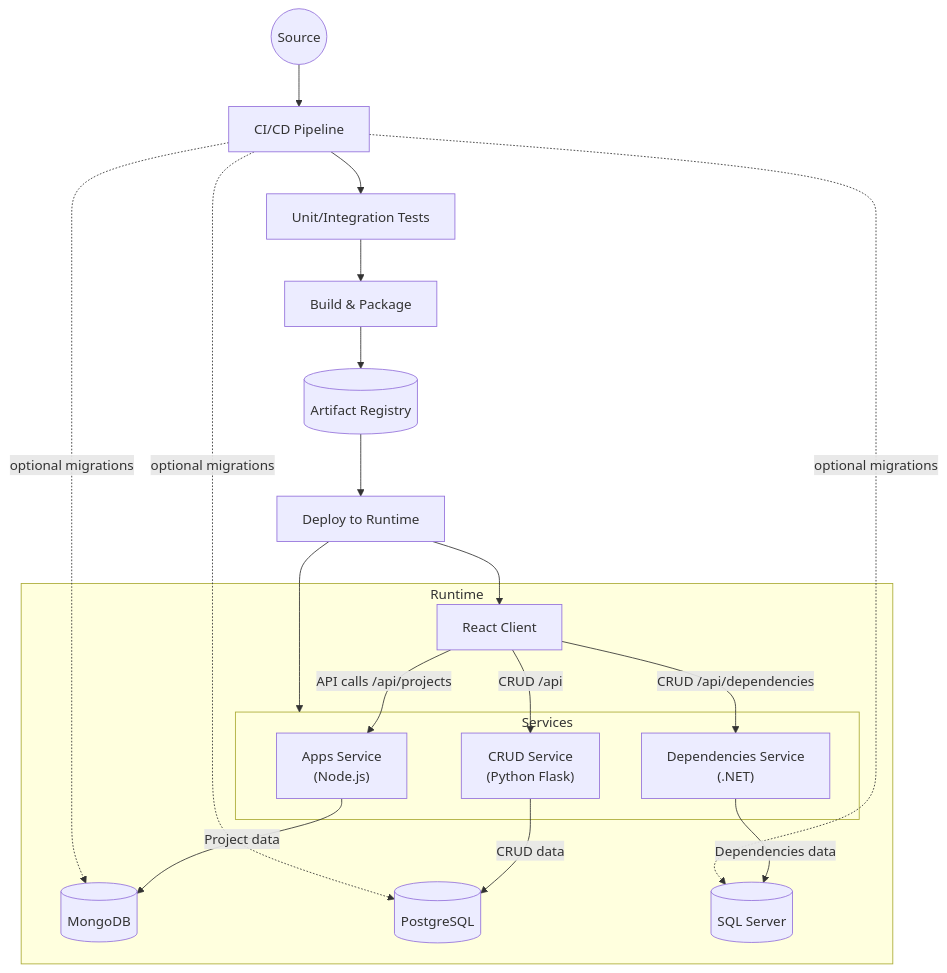
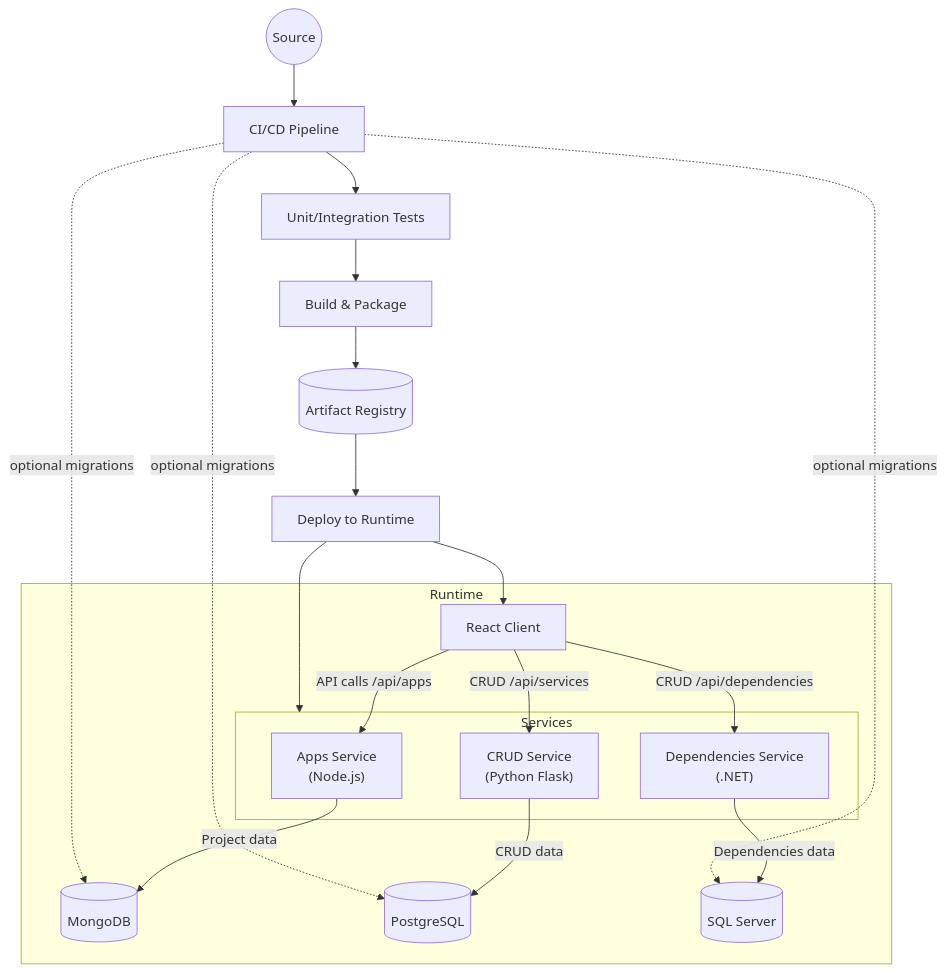
Before and after one commit to koydas/fullstack-pilot: the diagram in docs/ARCHITECTURE.md, drawn with Mermaid. The commit also changed 2 other files, not shown here.

Commit message:
docs: align markdown routes and gitops paths (#122)

````diff
--- a/docs/ARCHITECTURE.md
+++ b/docs/ARCHITECTURE.md
@@ -3,35 +3,35 @@
 ```mermaid
 flowchart TD
     Developer((Source)) --> CI[CI/CD Pipeline]
     CI --> Tests[Unit/Integration Tests]
     Tests --> Build[Build & Package]
     Build --> Registry[(Artifact Registry)]
     Registry --> Deploy[Deploy to Runtime]
 
     subgraph Runtime
         Client[React Client]
         subgraph Services
             AppsService["Apps Service\n(Node.js)"]
             DotNetService["Dependencies Service\n(.NET)"]
             PythonService["CRUD Service\n(Python Flask)"]
         end
         Mongo[(MongoDB)]
         Postgres[(PostgreSQL)]
         MSSQL[(SQL Server)]
     end
 
     Deploy --> Client
     Deploy --> Services
 
-    Client -->|API calls /api/projects| AppsService
+    Client -->|API calls /api/apps| AppsService
     Client -->|CRUD /api/dependencies| DotNetService
-    Client -->|CRUD /api| PythonService
+    Client -->|CRUD /api/services| PythonService
 
     AppsService -->|Project data| Mongo
     DotNetService -->|Dependencies data| MSSQL
     PythonService -->|CRUD data| Postgres
 
     CI -. optional migrations .-> Mongo
     CI -. optional migrations .-> MSSQL
     CI -. optional migrations .-> Postgres
 ```
````
